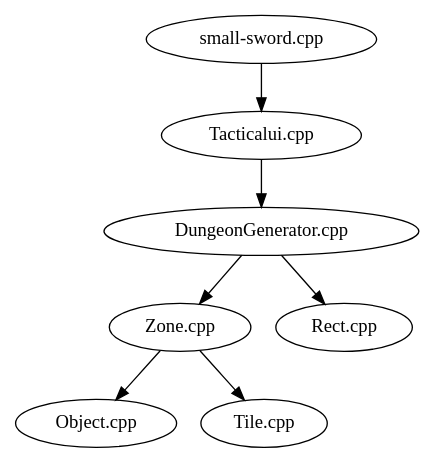
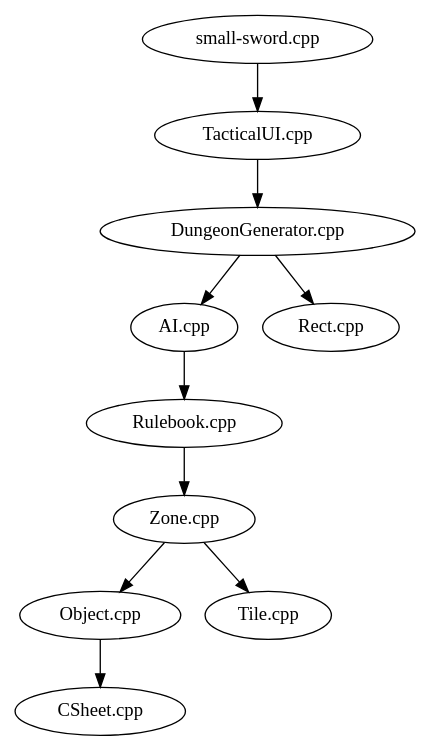
Before and after one commit to nbilling/small-sword: the diagram in doc/dependencies.dot, drawn with Graphviz. The commit also changed 1 other file, not shown here.

Commit message:
Forgot the updated dependency graph.

```diff
--- a/doc/dependencies.dot
+++ b/doc/dependencies.dot
@@ -1,16 +1,23 @@
 digraph dependencies {
         smallsword [label="small-sword.cpp"]
-        tacticalui [label = "Tacticalui.cpp"]
+        tacticalui [label = "TacticalUI.cpp"]
         dungeongenerator [label="DungeonGenerator.cpp"]
+        ai [label="AI.cpp"]
+        rulebook [label="Rulebook.cpp"]
         zone [label="Zone.cpp"]
         object [label="Object.cpp"]
         tile [label="Tile.cpp"]
         rect [label="Rect.cpp"]
+        csheet [label="CSheet.cpp"]
 
         smallsword -> tacticalui
         tacticalui -> dungeongenerator
-        dungeongenerator -> zone
+        dungeongenerator -> ai
         dungeongenerator -> rect
+        ai -> rulebook
+        rulebook -> zone
         zone -> object
         zone -> tile
+        object -> csheet
+
 }
```
